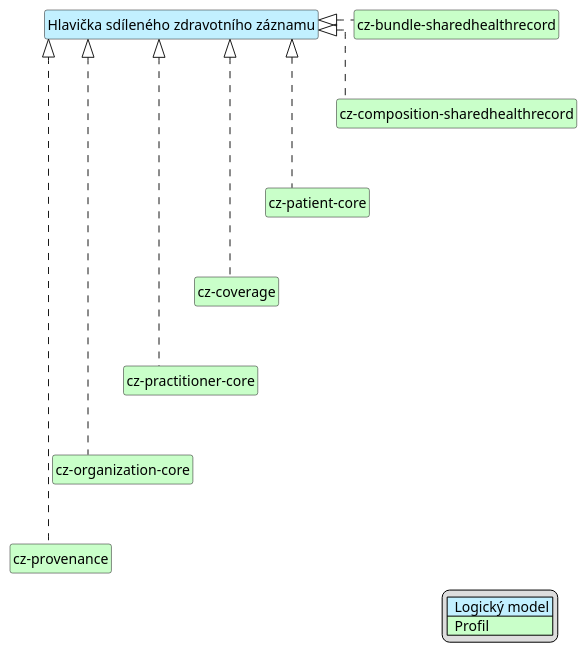
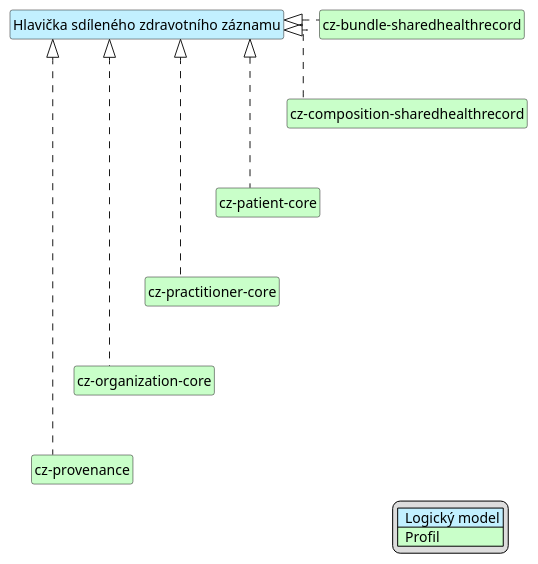
The diagram in input/images-source/szzHead-map-cs.plantuml (HL7-cz/szz), drawn with PlantUML before and after one commit. The commit also changed 12 other files, not shown here.

```diff
--- a/input/images-source/szzHead-map-cs.plantuml
+++ b/input/images-source/szzHead-map-cs.plantuml
@@ -1,39 +1,36 @@
 @startuml
 hide circle
 hide stereotype
 hide members
 hide methods
 skinparam linetype ortho
 skinparam class {
 BackgroundColor<<LogicalModel>> #APPLICATION
 BackgroundColor<<Profile>> #TECHNOLOGY
 }
 legend right
 | <#APPLICATION>  Logický model |
 | <#TECHNOLOGY>  Profil |
 endlegend
 class "Hlavička sdíleného zdravotního záznamu" <<LogicalModel>> [[StructureDefinition-HeaderSzzCz.html]]
 
 class "cz-organization-core" <<Profile>> [[https://build.fhir.org/ig/HL7-cz/cz-core/StructureDefinition-cz-organization-core.html]]
-class "cz-coverage" <<Profile>> [[https://build.fhir.org/ig/HL7-cz/cz-core/StructureDefinition-cz-coverage.html]]
 class "cz-patient-core" <<Profile>> [[https://build.fhir.org/ig/HL7-cz/cz-core/StructureDefinition-cz-patient-core.html]]
 class "cz-practitioner-core" <<Profile>> [[https://build.fhir.org/ig/HL7-cz/cz-core/StructureDefinition-cz-practitioner-core.html]]
 class "cz-bundle-sharedhealthrecord" <<Profile>> [[StructureDefinition-cz-bundle-sharedhealthrecord.html]]
 class "cz-composition-sharedhealthrecord" <<Profile>> [[StructureDefinition-cz-composition-sharedhealthrecord.html]]
 class "cz-provenance" <<Profile>> [[https://build.fhir.org/ig/HL7-cz/cz-core/StructureDefinition-cz-provenance.html]]
 
 "Hlavička sdíleného zdravotního záznamu" <|. "cz-composition-sharedhealthrecord"
 "Hlavička sdíleného zdravotního záznamu" <|. "cz-bundle-sharedhealthrecord"
 "Hlavička sdíleného zdravotního záznamu" <|. "cz-patient-core"
-"Hlavička sdíleného zdravotního záznamu" <|. "cz-coverage"
 "Hlavička sdíleného zdravotního záznamu" <|. "cz-practitioner-core"
 "Hlavička sdíleného zdravotního záznamu" <|. "cz-organization-core"
 "Hlavička sdíleného zdravotního záznamu" <|. "cz-provenance"
 
 "cz-bundle-sharedhealthrecord" -d[hidden]-> "cz-composition-sharedhealthrecord"
 "cz-composition-sharedhealthrecord" -d[hidden]-> "cz-patient-core"
-"cz-patient-core" -d[hidden]-> "cz-coverage"
-"cz-coverage" -d[hidden]-> "cz-practitioner-core"
+"cz-patient-core" -d[hidden]-> "cz-practitioner-core"
 "cz-practitioner-core" -d[hidden]-> "cz-organization-core"
 "cz-organization-core" -d[hidden]-> "cz-provenance"
 @enduml
```
